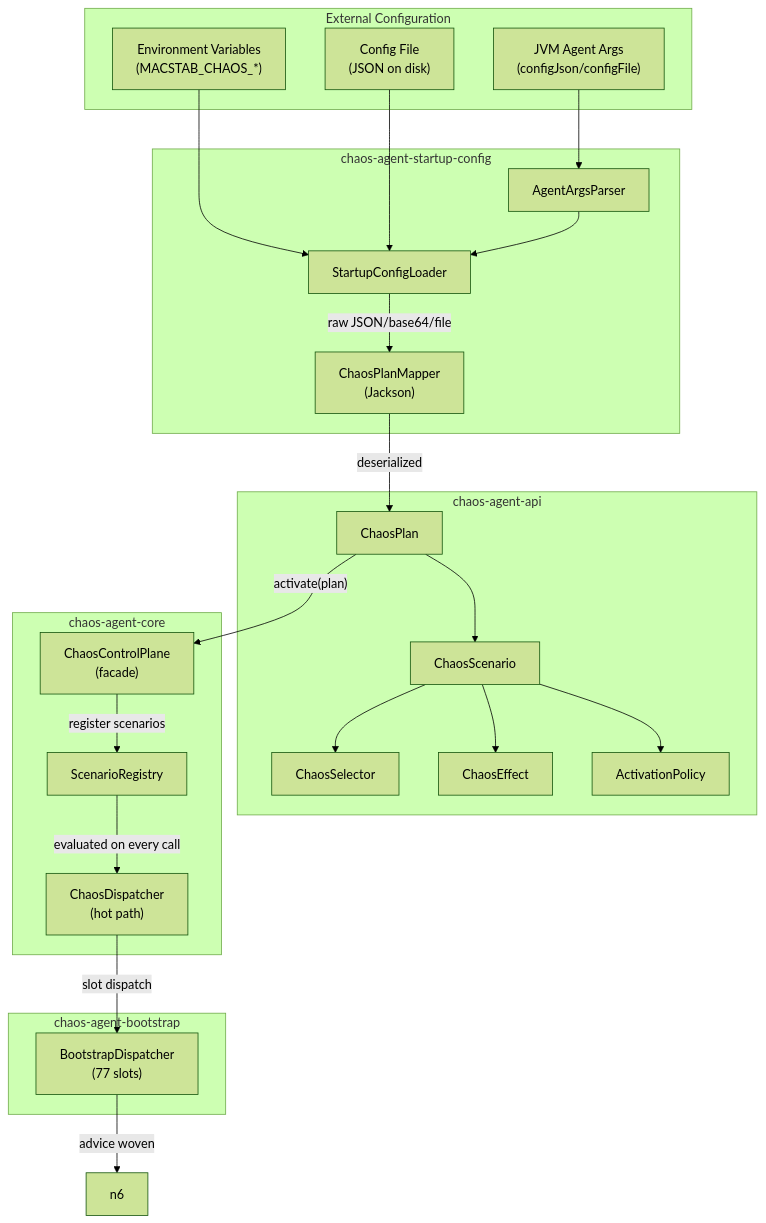
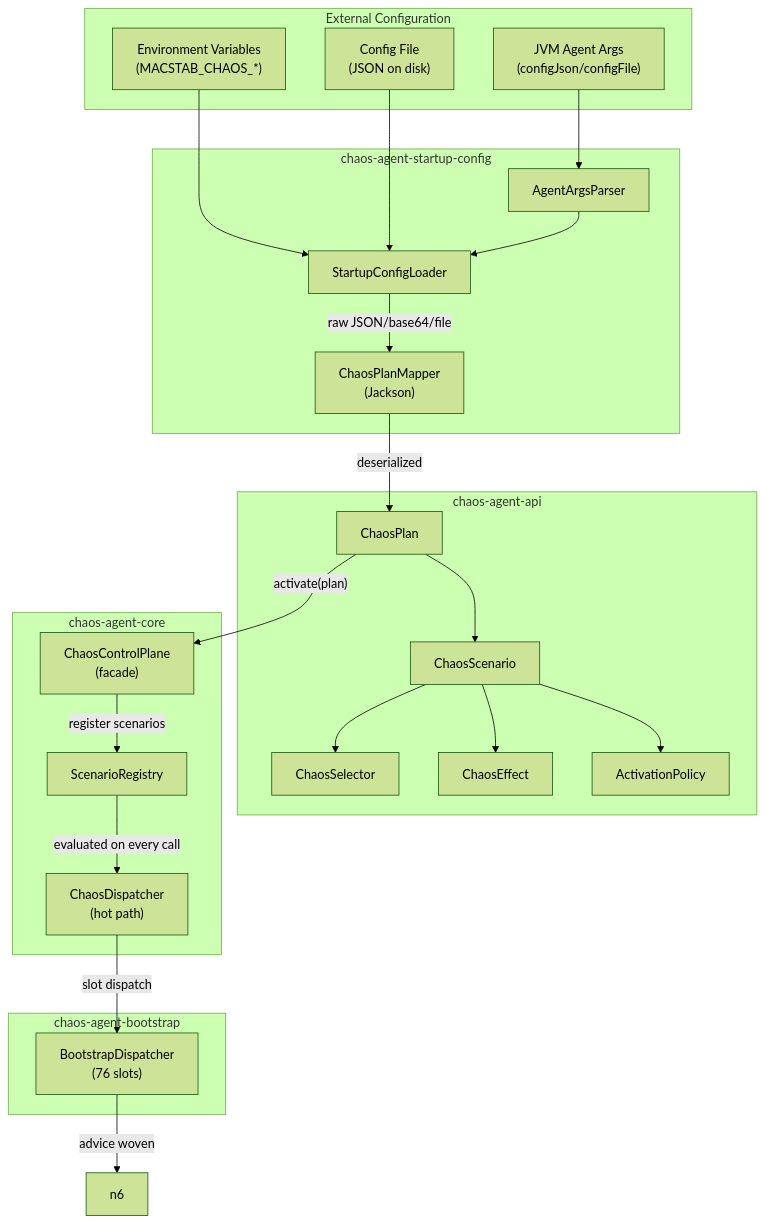
Before and after one commit to macstab/macstab-chaos-jvm-agent: the first of 2 diagrams in docs/configuration-reference.md, drawn with Mermaid (forest theme). The commit also changed 17 other files, not shown here.

````diff
--- a/docs/configuration-reference.md
+++ b/docs/configuration-reference.md
@@ -248,43 +248,43 @@
 ```mermaid
 flowchart TB
   subgraph g1["External Configuration"]
     AgentArgs["JVM Agent Args<br/>(configJson/configFile)"]
     EnvVars["Environment Variables<br/>(MACSTAB_CHAOS_*)"]
     ConfigFile["Config File<br/>(JSON on disk)"]
   end
   subgraph g2["chaos-agent-startup-config"]
     SCL["StartupConfigLoader"]
     AAP["AgentArgsParser"]
     CPM["ChaosPlanMapper<br/>(Jackson)"]
   end
   subgraph g3["chaos-agent-api"]
     Plan["ChaosPlan"]
     Scenario["ChaosScenario"]
     Selector["ChaosSelector"]
     Effect["ChaosEffect"]
     Policy["ActivationPolicy"]
   end
   subgraph g4["chaos-agent-core"]
     CCP["ChaosControlPlane<br/>(facade)"]
     SR["ScenarioRegistry"]
     CD["ChaosDispatcher<br/>(hot path)"]
   end
   subgraph g5["chaos-agent-bootstrap"]
-    BD["BootstrapDispatcher<br/>(77 slots)"]
+    BD["BootstrapDispatcher<br/>(76 slots)"]
   end
   AgentArgs --> AAP
   EnvVars --> SCL
   ConfigFile --> SCL
   AAP --> SCL
   SCL -->|"raw JSON/base64/file"| CPM
   CPM -->|"deserialized"| Plan
   Plan --> Scenario
   Scenario --> Selector
   Scenario --> Effect
   Scenario --> Policy
   Plan -->|"activate(plan)"| CCP
   CCP -->|"register scenarios"| SR
   SR -->|"evaluated on every call"| CD
   CD -->|"slot dispatch"| BD
   BD -->|"advice woven"| n6
 ```
````
